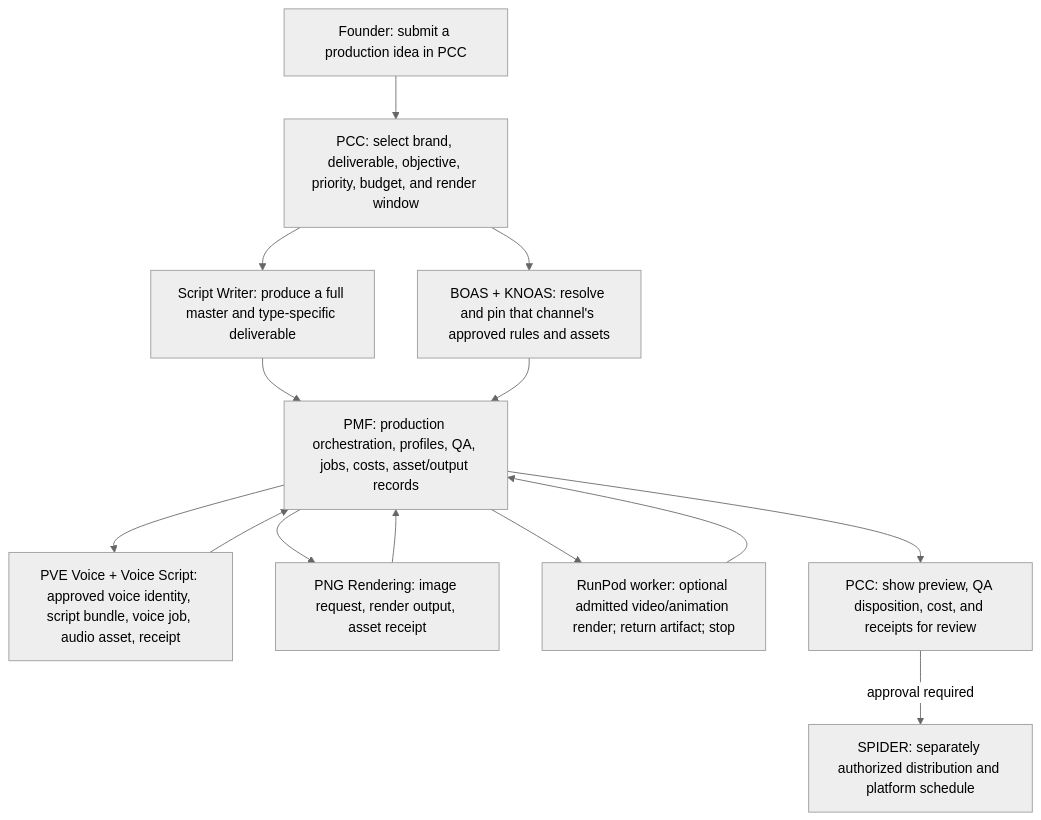
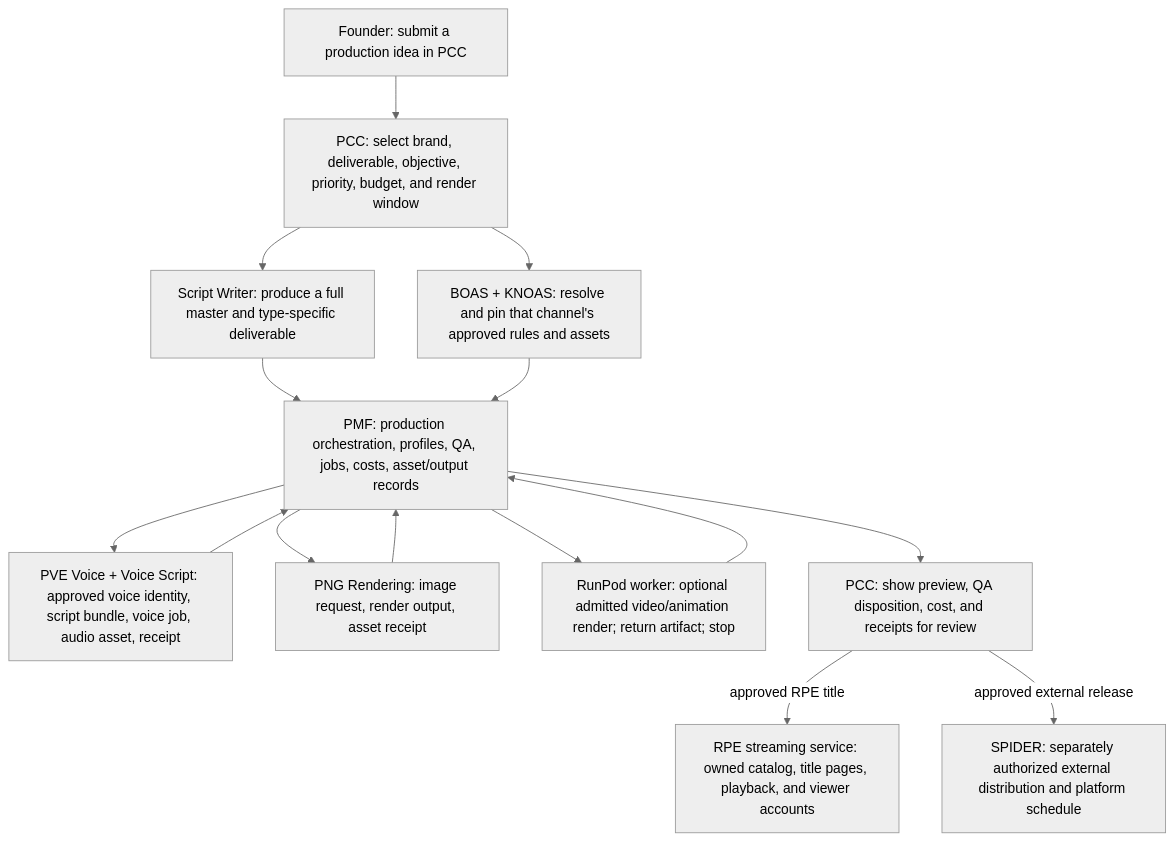
Before and after one commit to risingphnxhq/pcc-command-center: the diagram in docs/animation-engine-pcc-map-v1.md, drawn with Mermaid (neutral theme). The commit also changed other lines of this file, not shown here.

Commit message:
Add RPE-owned animation streaming destination to system map

````diff
--- a/docs/animation-engine-pcc-map-v1.md
+++ b/docs/animation-engine-pcc-map-v1.md
@@ -9,27 +9,29 @@
 ```mermaid
 flowchart TD
   Founder["Founder: submit a production idea in PCC"]
   PCC["PCC: select brand, deliverable, objective, priority, budget, and render window"]
   Writer["Script Writer: produce a full master and type-specific deliverable"]
   Canon["BOAS + KNOAS: resolve and pin that channel's approved rules and assets"]
   PMF["PMF: production orchestration, profiles, QA, jobs, costs, asset/output records"]
   PVE["PVE Voice + Voice Script: approved voice identity, script bundle, voice job, audio asset, receipt"]
   PNG["PNG Rendering: image request, render output, asset receipt"]
   GPU["RunPod worker: optional admitted video/animation render; return artifact; stop"]
   Review["PCC: show preview, QA disposition, cost, and receipts for review"]
-  Spider["SPIDER: separately authorized distribution and platform schedule"]
+  Stream["RPE streaming service: owned catalog, title pages, playback, and viewer accounts"]
+  Spider["SPIDER: separately authorized external distribution and platform schedule"]
 
   Founder --> PCC
   PCC --> Writer
   PCC --> Canon
   Writer --> PMF
   Canon --> PMF
   PMF --> PVE
   PVE --> PMF
   PMF --> PNG
   PNG --> PMF
   PMF --> GPU
   GPU --> PMF
   PMF --> Review
-  Review -->|"approval required"| Spider
+  Review -->|"approved RPE title"| Stream
+  Review -->|"approved external release"| Spider
 ```
````
